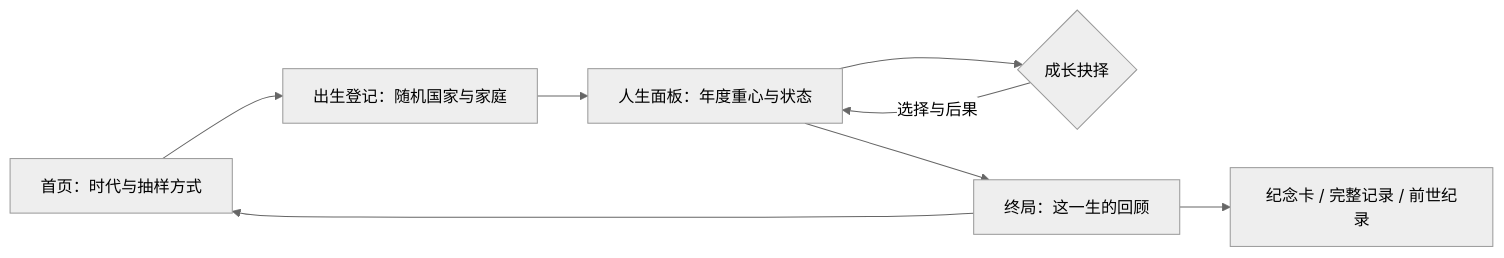
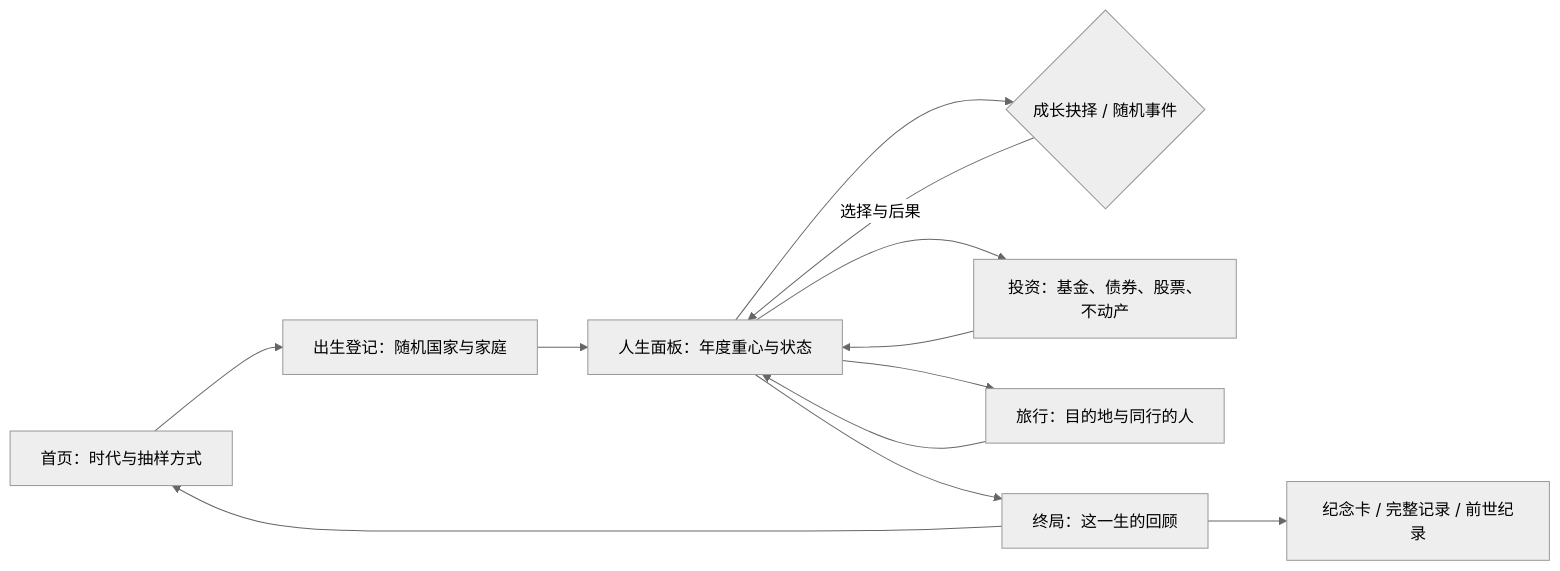
Before and after one commit to GosuQuan/one-in-eight-billion: the diagram in README.md, drawn with Mermaid (neutral theme). The commit also changed other lines of this file and 30 other files, not shown here.

````diff
--- a/README.md
+++ b/README.md
@@ -21,10 +21,14 @@
 ```mermaid
 flowchart LR
     A[首页：时代与抽样方式] --> B[出生登记：随机国家与家庭]
     B --> C[人生面板：年度重心与状态]
-    C --> D{成长抉择}
+    C --> D{成长抉择 / 随机事件}
     D -->|选择与后果| C
+    C --> I[投资：基金、债券、股票、不动产]
+    C --> T[旅行：目的地与同行的人]
+    I --> C
+    T --> C
     C --> E[终局：这一生的回顾]
     E --> F[纪念卡 / 完整记录 / 前世纪录]
     E --> A
 ```
````
